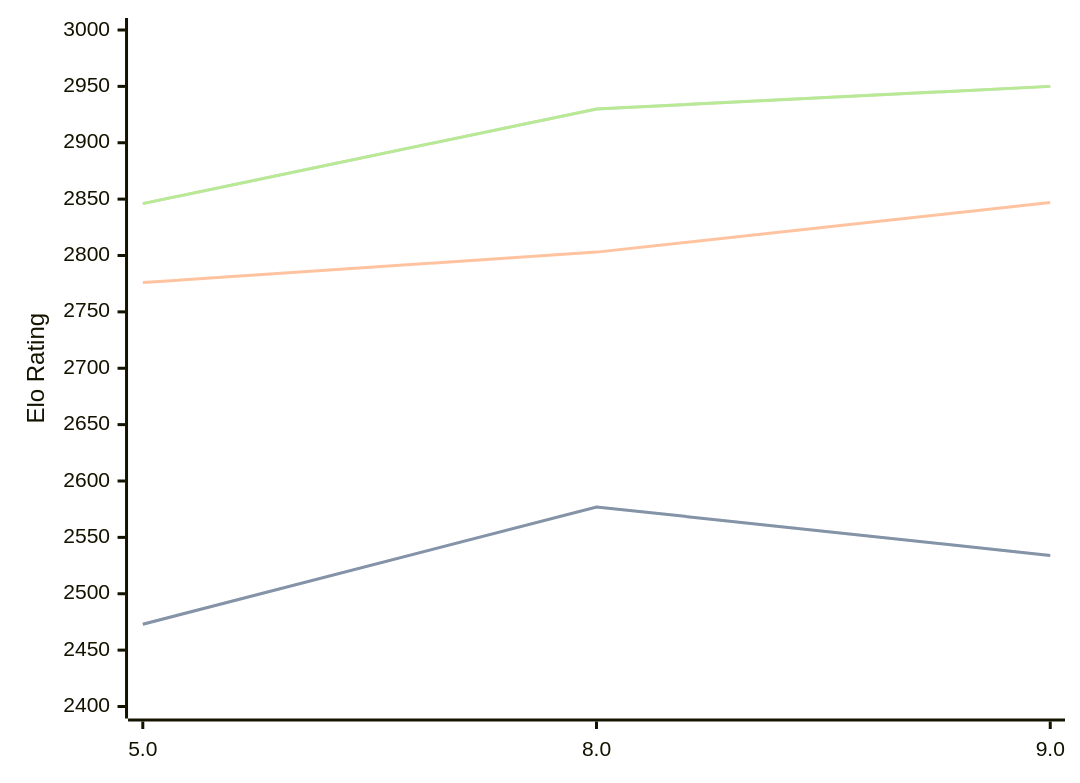
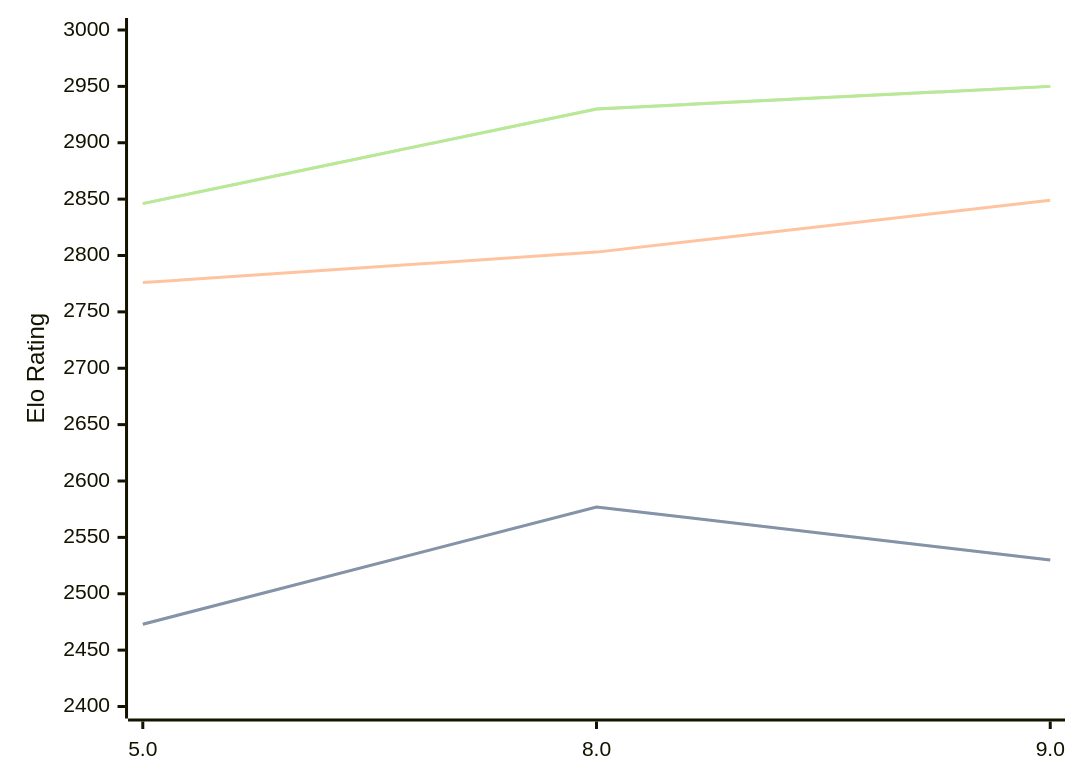
Before and after one commit to computer-chess-index/cci: the first of 3 diagrams in engines/4kc.md, drawn with Mermaid. The commit also changed other lines of this file, not shown here.

````diff
--- a/engines/4kc.md
+++ b/engines/4kc.md
@@ -42,11 +42,11 @@
 ```mermaid
 %%{init: {"theme":"base","themeVariables":{"seriesColors:['#a3a3a3','#222221','#faa371']}}}%%
 xychart-beta
   x-axis ["5.0", "8.0", "9.0"]
   y-axis "Elo Rating" 2400 --> 3000
-  line "STC (8.0+0.08s)" [2473, 2577, 2534]
-  line "STC (8.0+0.08s)" [2473, 2577, 2534]
-  line "LTC (60.0+0.60s)" [2776, 2803, 2847]
+  line "STC (8.0+0.08s)" [2473, 2577, 2530]
+  line "STC (8.0+0.08s)" [2473, 2577, 2530]
+  line "LTC (60.0+0.60s)" [2776, 2803, 2849]
   line "VLTC (2m24s+1.12s)" [2846, 2930, 2950]
   line "VLTC (2m24s+1.12s)" [2846, 2930, 2950]
 ```
````
